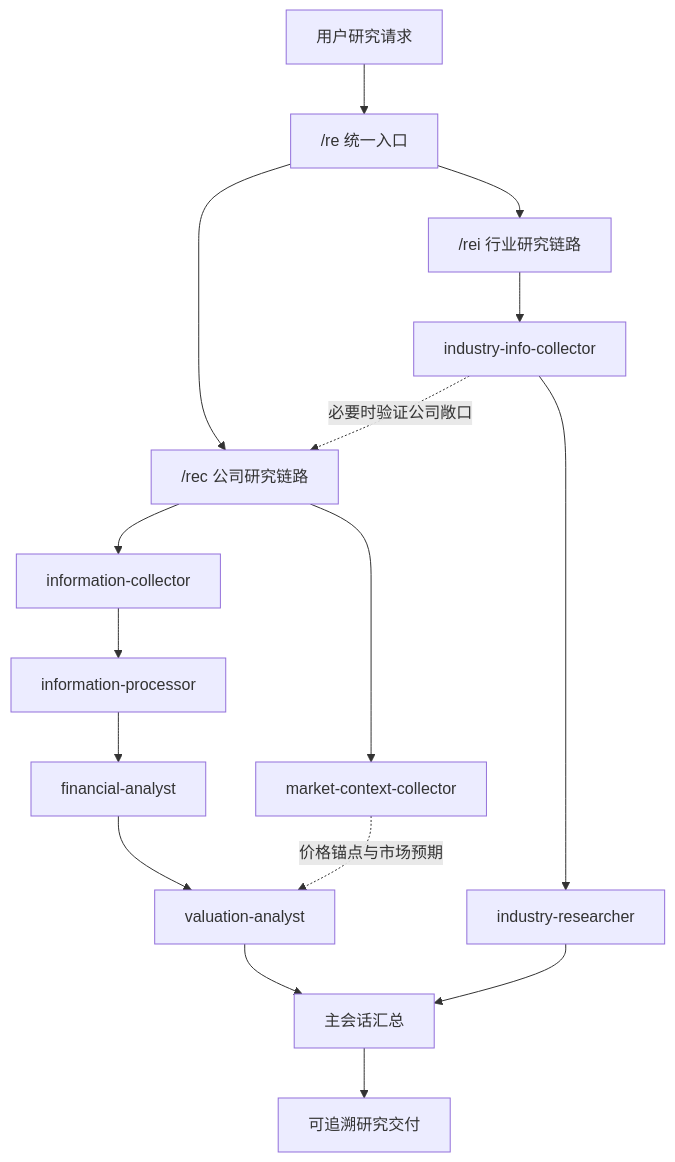
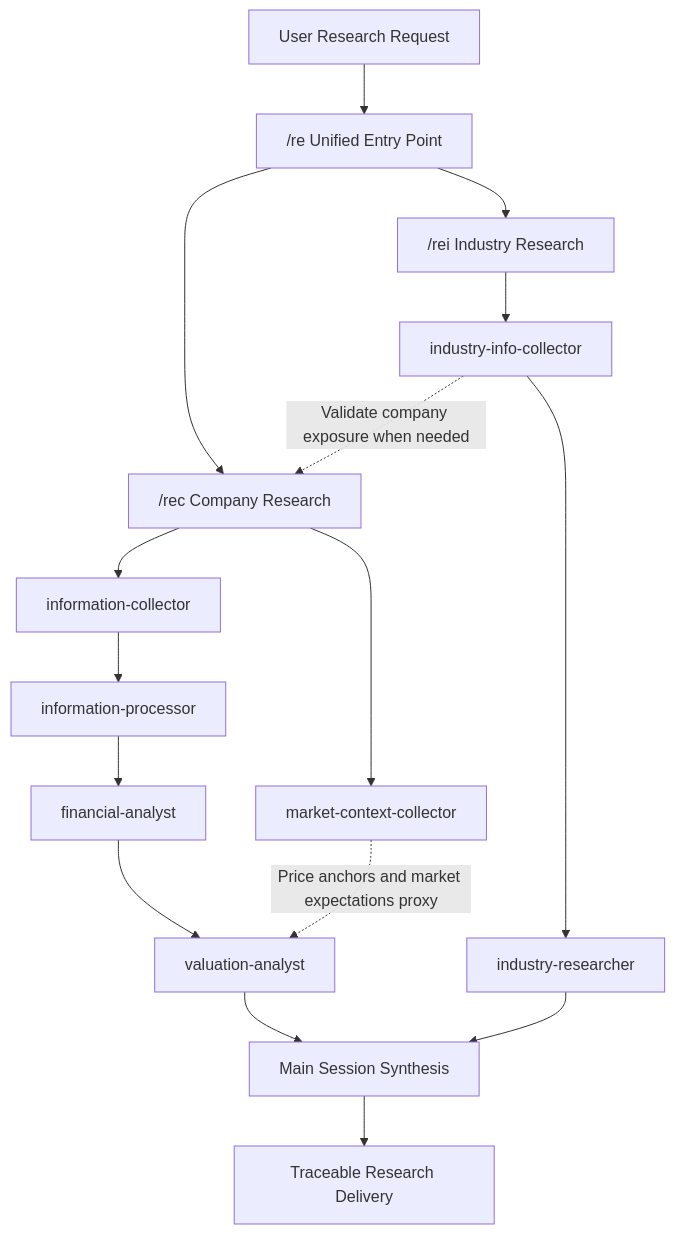
One commit to abstractSJ/multiagents changed the diagram in README.md. Above: the diagram before and after it, drawn with Mermaid. The commit also changed other lines of this file and 63 other files, not shown here.

````diff
--- a/README.md
+++ b/README.md
@@ -21,22 +22,22 @@
 ```mermaid
 flowchart TD
-    U["用户研究请求"] --> R["/re 统一入口"]
+    U["User Research Request"] --> R["/re Unified Entry Point"]
 
-    R --> C["/rec 公司研究链路"]
-    R --> I["/rei 行业研究链路"]
+    R --> C["/rec Company Research"]
+    R --> I["/rei Industry Research"]
 
     C --> IC["information-collector"]
     IC --> IP["information-processor"]
     IP --> FA["financial-analyst"]
     FA --> VA["valuation-analyst"]
     C --> MCC["market-context-collector"]
-    MCC -.->|价格锚点与市场预期| VA
+    MCC -.->|Price anchors and market expectations proxy| VA
 
     I --> IIC["industry-info-collector"]
     IIC --> IR["industry-researcher"]
-    IIC -.->|必要时验证公司敞口| C
+    IIC -.->|Validate company exposure when needed| C
 
-    VA --> S["主会话汇总"]
+    VA --> S["Main Session Synthesis"]
     IR --> S
-    S --> O["可追溯研究交付"]
+    S --> O["Traceable Research Delivery"]
 ```
````
